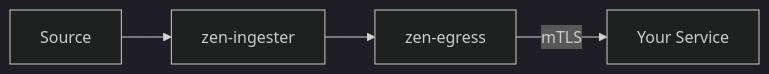
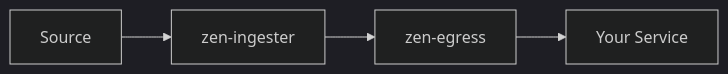
One commit to zenmesh/docs changed the second of 2 diagrams in docs/architecture/delivery-modes.md. Above: the diagram before and after it, drawn with Mermaid (dark theme). The commit also changed other lines of this file and 29 other files, not shown here.

````diff
--- a/docs/architecture/delivery-modes.md
+++ b/docs/architecture/delivery-modes.md
@@ -28,4 +28,4 @@
 ```mermaid
 graph LR
-    SRC[Source] --> ING[zen-ingester] --> EGR[zen-egress] -- "mTLS" --> TGT[Your Service]
+    SRC[Source] --> ING[zen-ingester] --> EGR[zen-egress] --> TGT[Your Service]
 ```
````
